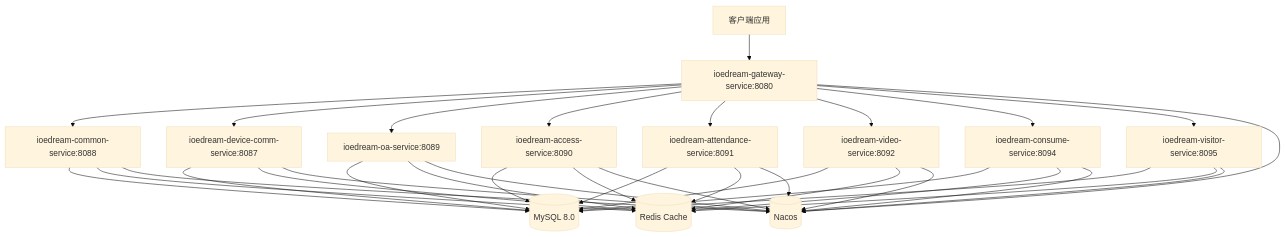
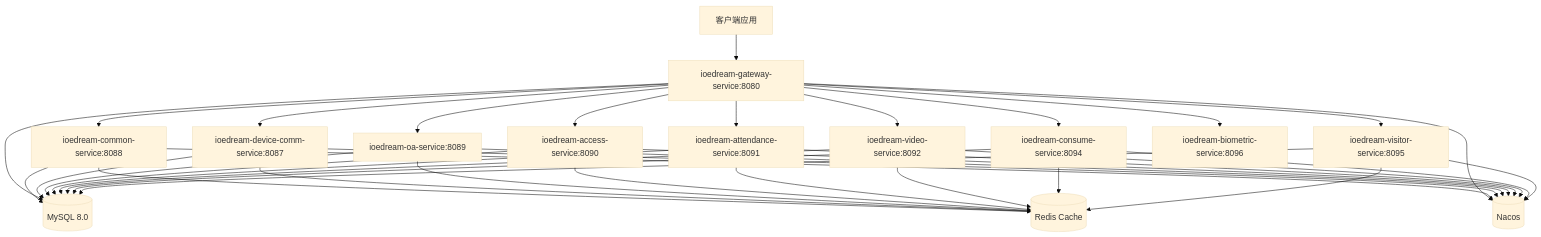
The first of 3 diagrams in documentation/microservices/MICROSERVICES_ARCHITECTURE_OVERVIEW.md (wilson323/IOE-DREAMfornew), drawn with Mermaid (base theme) before and after one commit. The commit also changed other lines of this file and 11 other files, not shown here.

````diff
--- a/documentation/microservices/MICROSERVICES_ARCHITECTURE_OVERVIEW.md
+++ b/documentation/microservices/MICROSERVICES_ARCHITECTURE_OVERVIEW.md
@@ -17,41 +17,43 @@
 ```mermaid
 graph TB
     Client[客户端应用] --> Gateway[ioedream-gateway-service:8080]
 
     Gateway --> Common[ioedream-common-service:8088]
     Gateway --> DeviceComm[ioedream-device-comm-service:8087]
     Gateway --> OA[ioedream-oa-service:8089]
     Gateway --> Access[ioedream-access-service:8090]
     Gateway --> Attendance[ioedream-attendance-service:8091]
     Gateway --> Video[ioedream-video-service:8092]
+    Gateway --> Database[ioedream-database-service:8093]
     Gateway --> Consume[ioedream-consume-service:8094]
     Gateway --> Visitor[ioedream-visitor-service:8095]
+    Gateway --> Biometric[ioedream-biometric-service:8096]
 
     Common --> Database[(MySQL 8.0)]
     DeviceComm --> Database
     OA --> Database
     Access --> Database
     Attendance --> Database
     Video --> Database
     Consume --> Database
     Visitor --> Database
 
     Common --> Redis[(Redis Cache)]
     DeviceComm --> Redis
     OA --> Redis
     Access --> Redis
     Attendance --> Redis
     Video --> Redis
     Consume --> Redis
     Visitor --> Redis
 
     Gateway --> Nacos[(Nacos)]
     Common --> Nacos
     DeviceComm --> Nacos
     OA --> Nacos
     Access --> Nacos
     Attendance --> Nacos
     Video --> Nacos
     Consume --> Nacos
     Visitor --> Nacos
 ```
````
